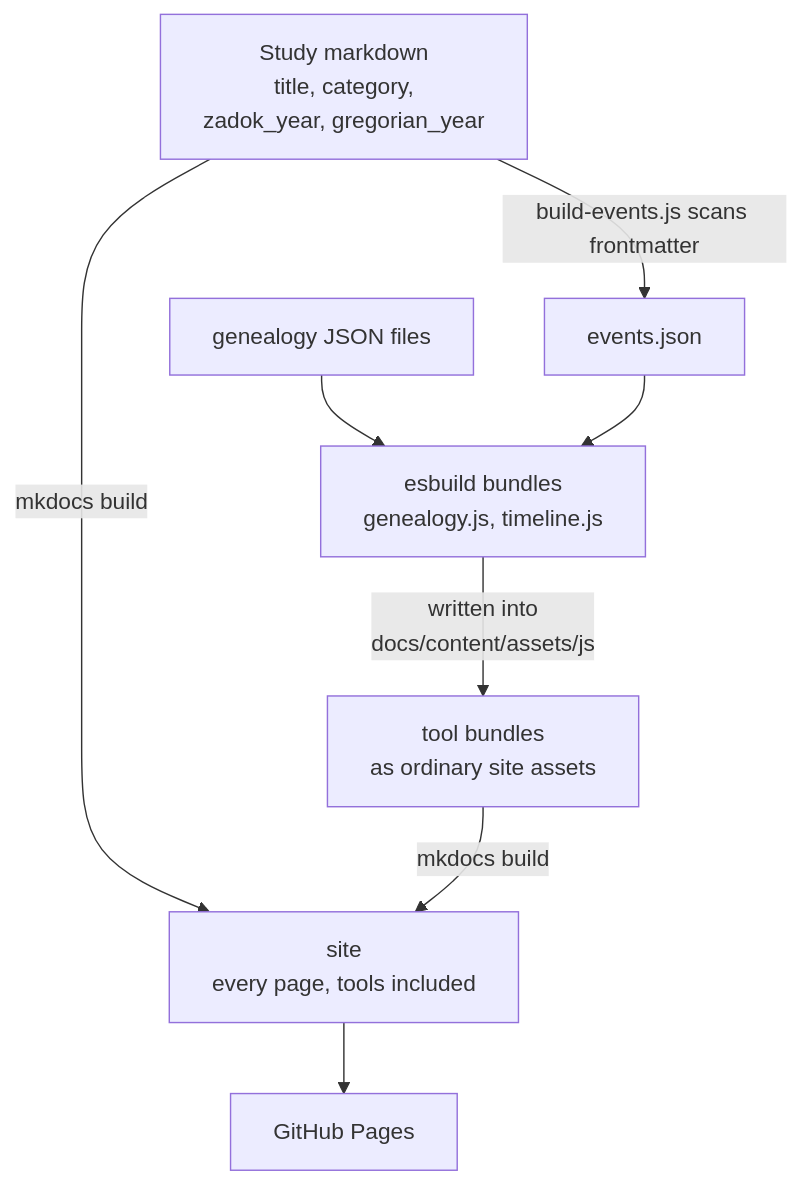
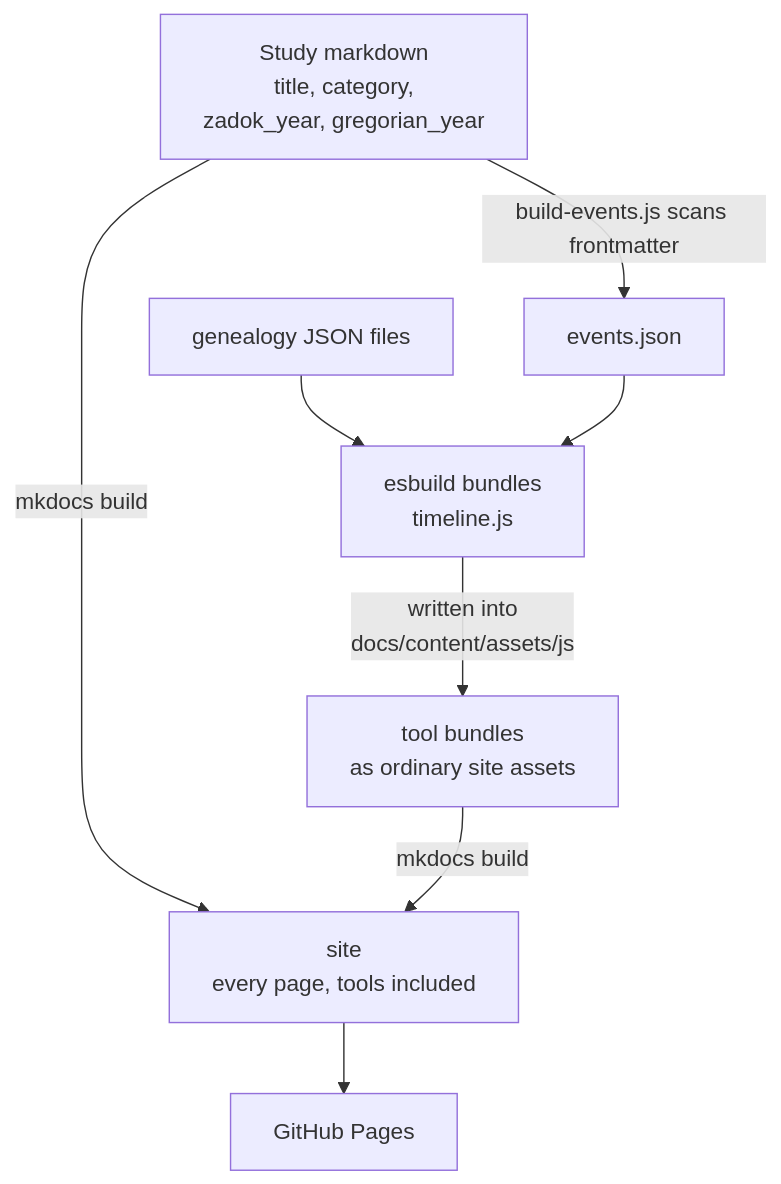
Before and after one commit to ding0t/bible_studies: the first of 2 diagrams in docs/content/resources/site-architecture.md, drawn with Mermaid. The commit also changed other lines of this file and 16 other files, not shown here.

First line of the commit message:
feat(timeline): fold the Genealogy Viewer into the timeline

````diff
--- a/docs/content/resources/site-architecture.md
+++ b/docs/content/resources/site-architecture.md
@@ -24,13 +24,13 @@
 ```mermaid
 flowchart TD
     content["Study markdown<br/>title, category,<br/>zadok_year, gregorian_year"]
 
     content -->|build-events.js scans frontmatter| events["events.json"]
     genjson["genealogy JSON files"] --> bundles
-    events --> bundles["esbuild bundles<br/>genealogy.js, timeline.js"]
+    events --> bundles["esbuild bundles<br/>timeline.js"]
     bundles -->|written into<br/>docs/content/assets/js| assets["tool bundles<br/>as ordinary site assets"]
 
     content -->|mkdocs build| site["site<br/>every page, tools included"]
     assets -->|mkdocs build| site
     site --> pages["GitHub Pages"]
 ```
````
